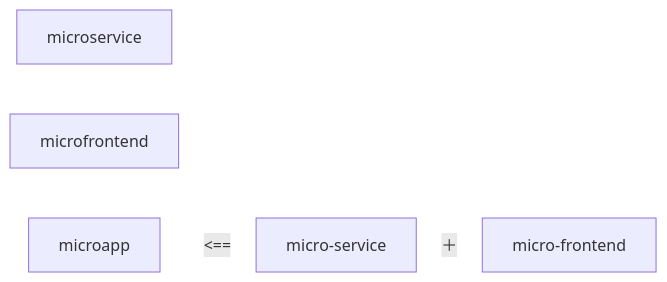
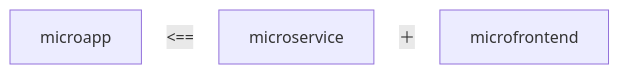
One commit to a6h15hek/a6h15hek changed the first of 2 diagrams in blogs/microapp.md. Above: the diagram before and after it, drawn with Mermaid.

Commit message:
diagram corrected

````diff
--- a/blogs/microapp.md
+++ b/blogs/microapp.md
@@ -16,7 +15,7 @@
 ```mermaid
 flowchart LR
     microservice
     microfrontend
     microapp
-    microapp ~~~ |<==| micro-service ~~~ |＋| micro-frontend 
+    microapp ~~~ |<==| microservice ~~~ |＋| microfrontend 
 ```
````
